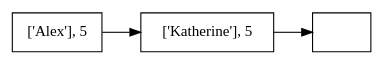
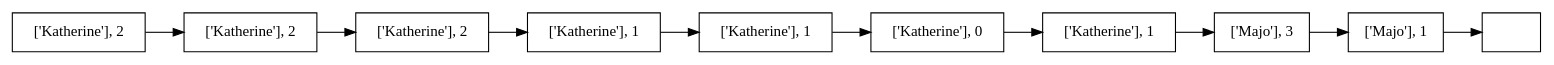
Before and after one commit to olgt/EDD_1S2019_P1_201612341: the diagram in ScoreboardReport.dot, drawn with Graphviz. The commit also changed 15 other files, not shown here.

```diff
--- a/ScoreboardReport.dot
+++ b/ScoreboardReport.dot
@@ -1,9 +1,23 @@
 digraph firstGraph{
 node [shape = record];
 rankdir=LR;
-node0 [label=" ['Alex'], 5 "];
+node0 [label=" ['Katherine'], 2 "];
 node0 -> node1;
-node1 [label=" ['Katherine'], 5 "];
+node1 [label=" ['Katherine'], 2 "];
 node1 -> node2;
-node2 [label="   "];
+node2 [label=" ['Katherine'], 2 "];
+node2 -> node3;
+node3 [label=" ['Katherine'], 1 "];
+node3 -> node4;
+node4 [label=" ['Katherine'], 1 "];
+node4 -> node5;
+node5 [label=" ['Katherine'], 0 "];
+node5 -> node6;
+node6 [label=" ['Katherine'], 1 "];
+node6 -> node7;
+node7 [label=" ['Majo'], 3 "];
+node7 -> node8;
+node8 [label=" ['Majo'], 1 "];
+node8 -> node9;
+node9 [label="   "];
 }
```
